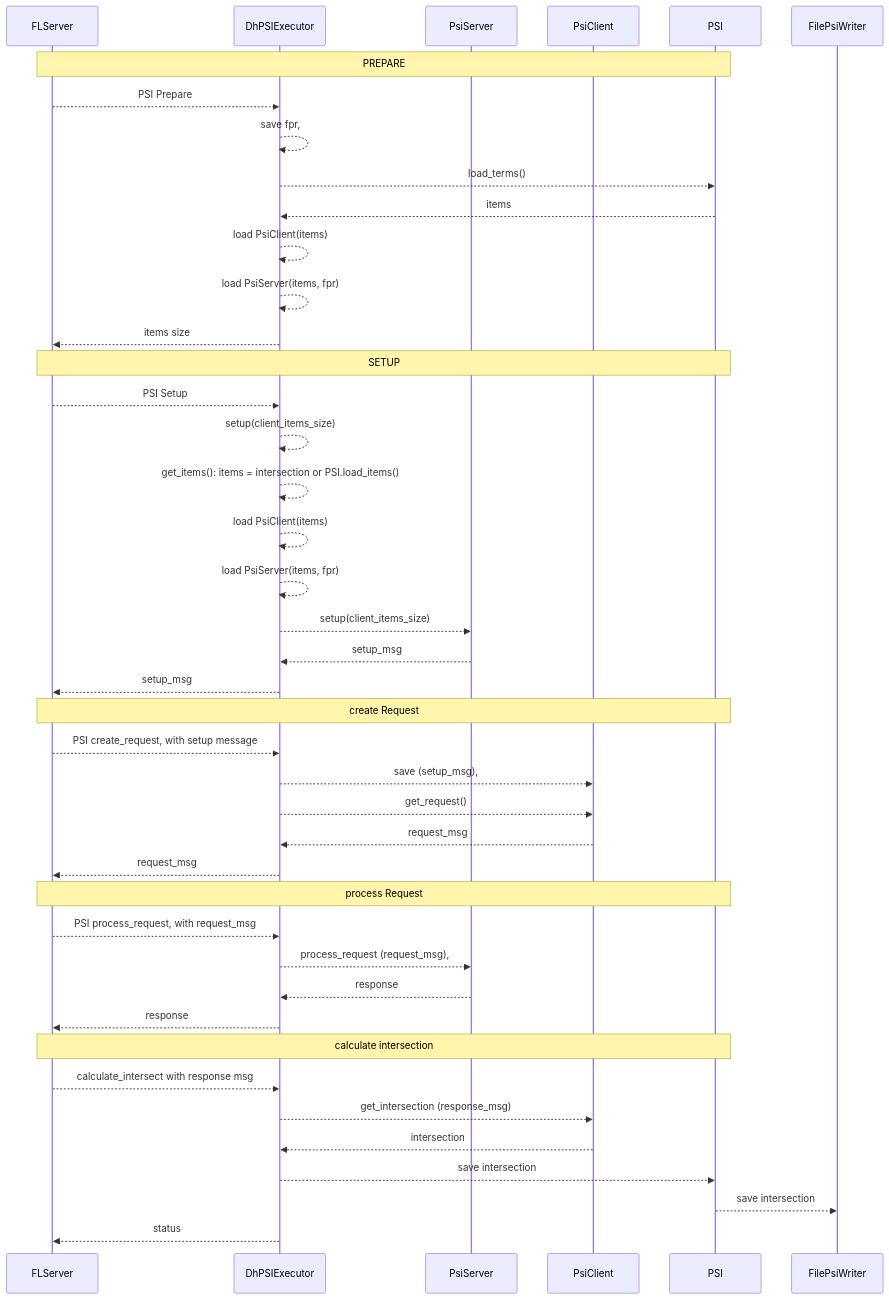
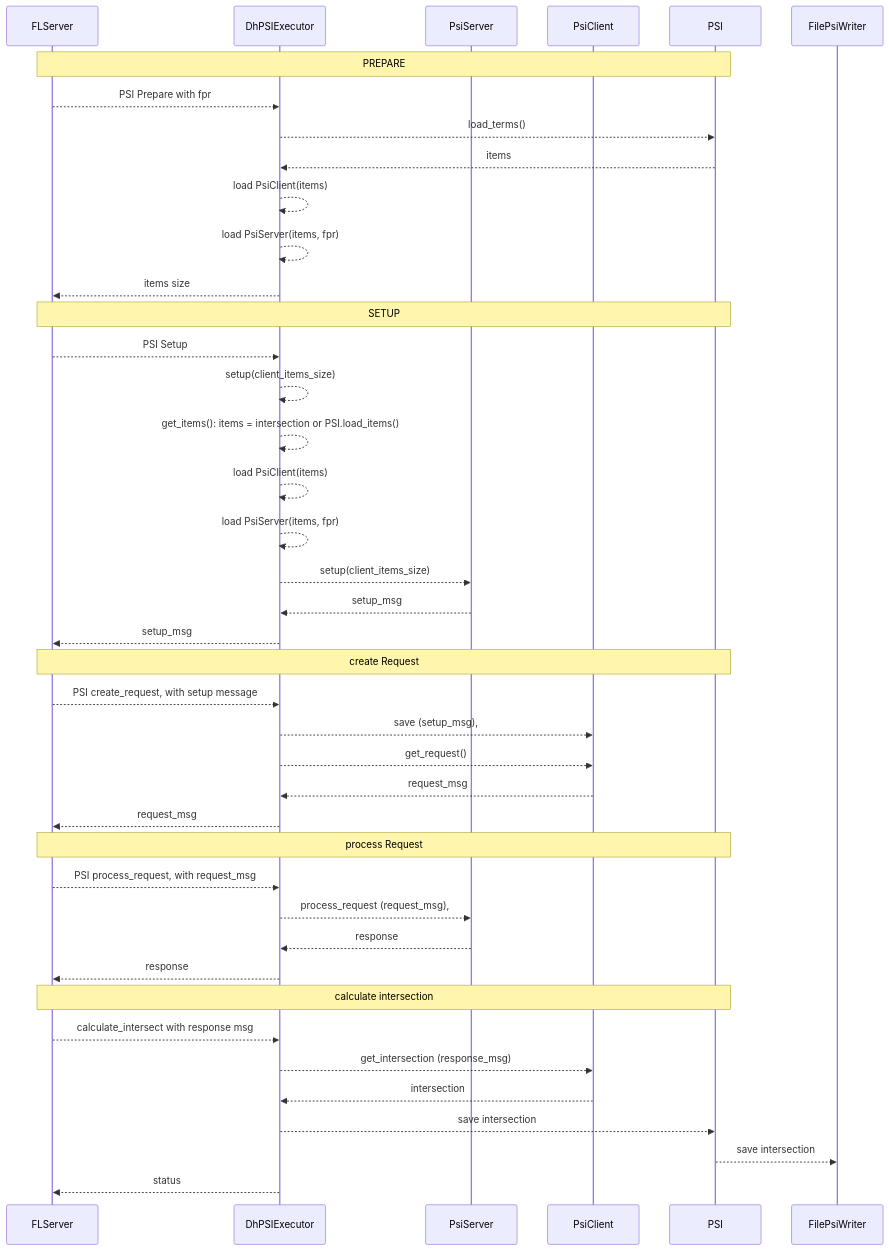
The second of 2 diagrams in nvflare/app_common/psi/README.md (NVIDIA/NVFlare), drawn with Mermaid before and after one commit.

````diff
--- a/nvflare/app_common/psi/README.md
+++ b/nvflare/app_common/psi/README.md
@@ -70,52 +70,51 @@
 ```mermaid
  
 sequenceDiagram
 
     participant FLServer
     participant DhPSIExecutor
     participant PsiServer
     participant PsiClient
     participant PSI
     participant FilePsiWriter
     
     Note over FLServer, PSI : PREPARE 
-    FLServer -->> DhPSIExecutor : PSI Prepare 
-    DhPSIExecutor -->> DhPSIExecutor : save fpr,
+    FLServer -->> DhPSIExecutor : PSI Prepare with fpr
     DhPSIExecutor -->> PSI : load_terms()
     PSI -->> DhPSIExecutor: items
     DhPSIExecutor -->> DhPSIExecutor: load PsiClient(items)
     DhPSIExecutor -->> DhPSIExecutor: load PsiServer(items, fpr)
     DhPSIExecutor -->> FLServer : items size
     
     Note over FLServer, PSI : SETUP
     FLServer -->> DhPSIExecutor : PSI Setup
     DhPSIExecutor -->> DhPSIExecutor: setup(client_items_size)
     DhPSIExecutor -->> DhPSIExecutor : get_items(): items = intersection or PSI.load_items() 
     DhPSIExecutor -->> DhPSIExecutor: load PsiClient(items)
     DhPSIExecutor -->> DhPSIExecutor: load PsiServer(items, fpr)
     DhPSIExecutor -->> PsiServer: setup(client_items_size)
     PsiServer -->> DhPSIExecutor: setup_msg
     DhPSIExecutor -->> FLServer: setup_msg
     
     Note over FLServer, PSI : create Request
     FLServer -->> DhPSIExecutor : PSI create_request, with setup message
     DhPSIExecutor -->> PsiClient: save (setup_msg), 
     DhPSIExecutor -->> PsiClient : get_request()
     PsiClient -->> DhPSIExecutor : request_msg
     DhPSIExecutor -->> FLServer:request_msg
  
     Note over FLServer, PSI : process Request
     FLServer -->> DhPSIExecutor : PSI process_request, with request_msg
     DhPSIExecutor -->> PsiServer: process_request (request_msg), 
     PsiServer -->> DhPSIExecutor : response
     DhPSIExecutor -->> FLServer : response
  
     Note over FLServer, PSI : calculate intersection
     FLServer -->> DhPSIExecutor : calculate_intersect with response msg
     DhPSIExecutor -->> PsiClient: get_intersection (response_msg) 
     PsiClient -->> DhPSIExecutor : intersection
     DhPSIExecutor -->> PSI : save intersection
     PSI -->> FilePsiWriter : save intersection
     DhPSIExecutor -->> FLServer : status
     
 ```
````
